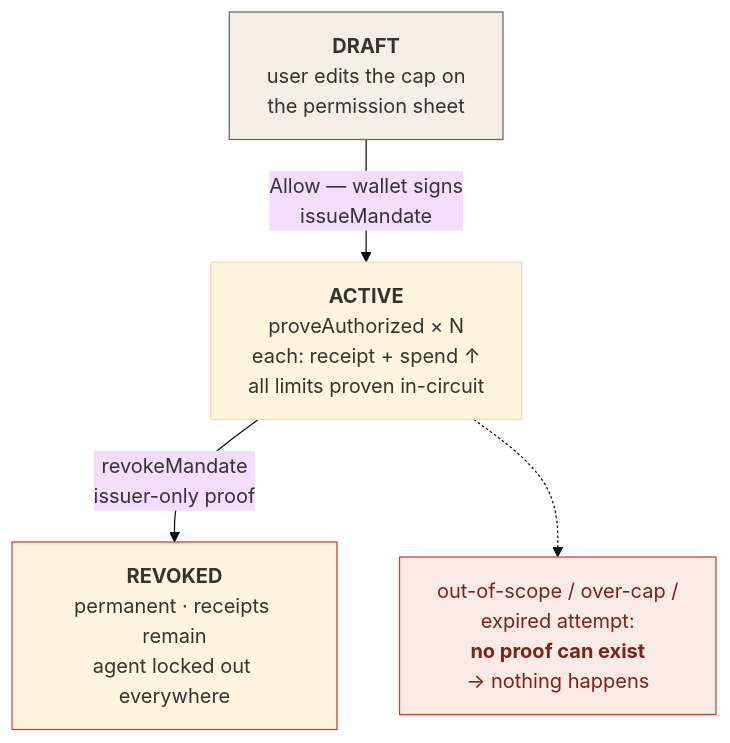
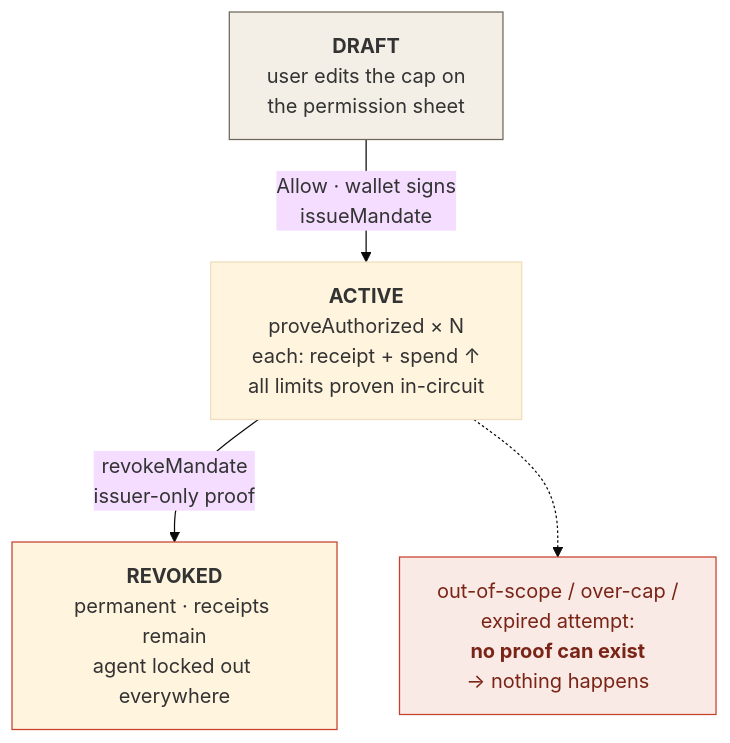
One commit to souzavinny/Grant changed the diagram in website/docs/architecture/credential-design.md. Above: the diagram before and after it, drawn with Mermaid (base theme). The commit also changed other lines of this file and 26 other files, not shown here.

````diff
--- a/website/docs/architecture/credential-design.md
+++ b/website/docs/architecture/credential-design.md
@@ -23,15 +23,15 @@
 ```mermaid
 flowchart TB
   DRAFT["<b>DRAFT</b><br/>user edits the cap on<br/>the permission sheet"]
   ACTIVE["<b>ACTIVE</b><br/>proveAuthorized × N<br/>each: receipt + spend ↑<br/>all limits proven in-circuit"]
   REVOKED["<b>REVOKED</b><br/>permanent · receipts remain<br/>agent locked out everywhere"]
   BLOCKED["out-of-scope / over-cap /<br/>expired attempt:<br/><b>no proof can exist</b><br/>→ nothing happens"]
 
-  DRAFT -->|"Allow — wallet signs<br/>issueMandate"| ACTIVE
+  DRAFT -->|"Allow · wallet signs<br/>issueMandate"| ACTIVE
   ACTIVE -->|"revokeMandate<br/>issuer-only proof"| REVOKED
   ACTIVE -.-> BLOCKED
 
   style DRAFT fill:#f3efe6,stroke:#6e675a
   style BLOCKED fill:#faeae5,stroke:#c6402c,color:#7a2417
   style REVOKED stroke:#c6402c
 ```
````
